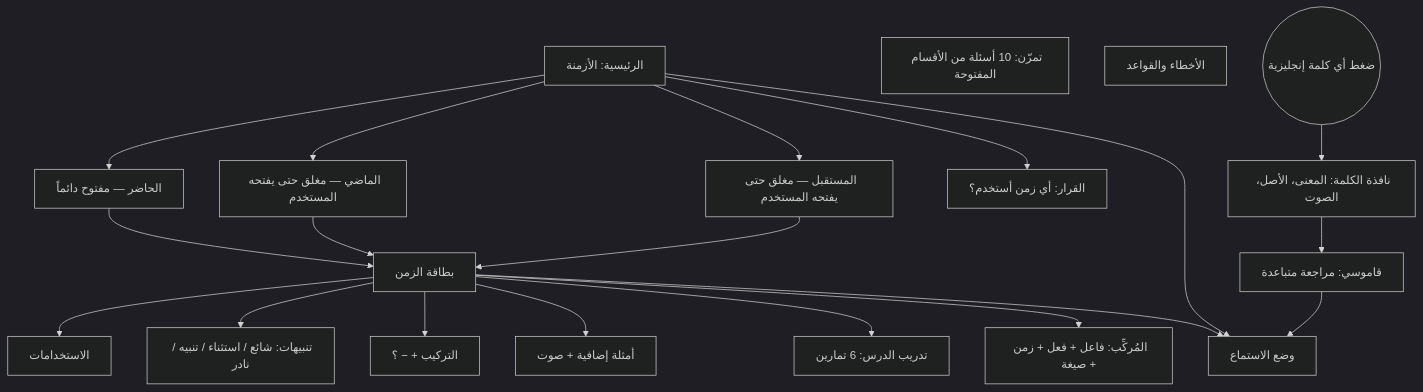
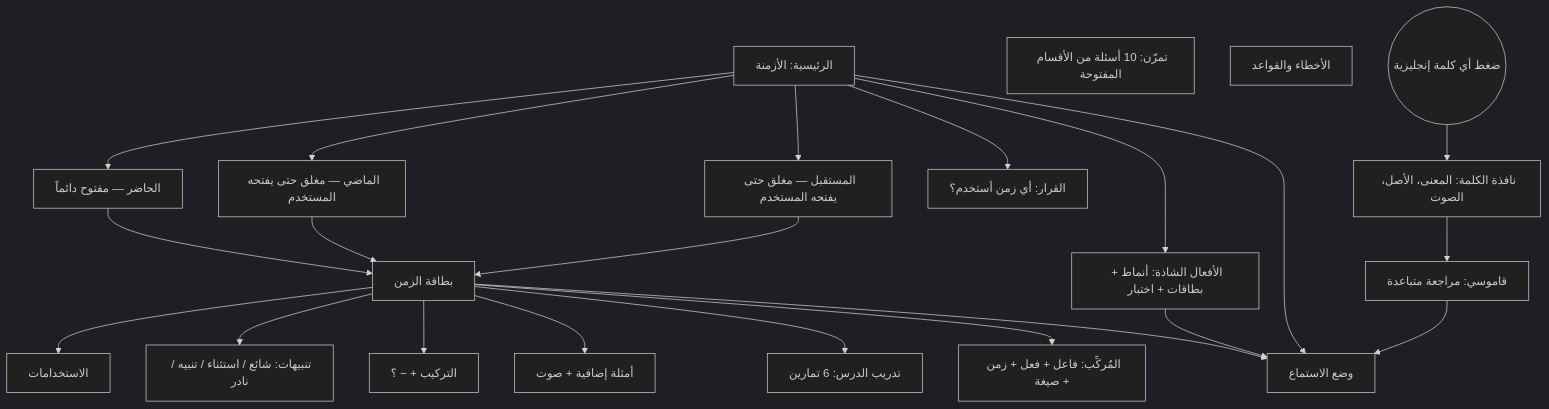
The diagram in PROJECT_INDEX.md (gido70/English-Tenses), drawn with Mermaid (dark theme) before and after one commit. The commit also changed other lines of this file, not shown here.

````diff
--- a/PROJECT_INDEX.md
+++ b/PROJECT_INDEX.md
@@ -48,22 +48,24 @@
 ```mermaid
 flowchart TD
     H[الرئيسية: الأزمنة] --> G1[الحاضر — مفتوح دائماً]
     H --> G2[الماضي — مغلق حتى يفتحه المستخدم]
     H --> G3[المستقبل — مغلق حتى يفتحه المستخدم]
     G1 & G2 & G3 --> S[بطاقة الزمن]
     S --> S1[الاستخدامات]
     S --> S2[تنبيهات: شائع / استثناء / تنبيه / نادر]
     S --> S3[التركيب + − ؟]
     S --> S4[أمثلة إضافية + صوت]
     S --> S5[تدريب الدرس: 6 تمارين]
     S --> B
     H --> D[القرار: أي زمن أستخدم؟]
     B[المُركِّب: فاعل + فعل + زمن + صيغة]
     Q[تمرّن: 10 أسئلة من الأقسام المفتوحة]
     F[الأخطاء والقواعد]
+    H --> IV[الأفعال الشاذة: أنماط + بطاقات + اختبار]
+    IV --> L
     H --> L[وضع الاستماع]
     S --> L
     DI --> L
     W((ضغط أي كلمة إنجليزية)) --> P[نافذة الكلمة: المعنى، الأصل، الصوت]
     P --> DI[قاموسي: مراجعة متباعدة]
 ```
````
